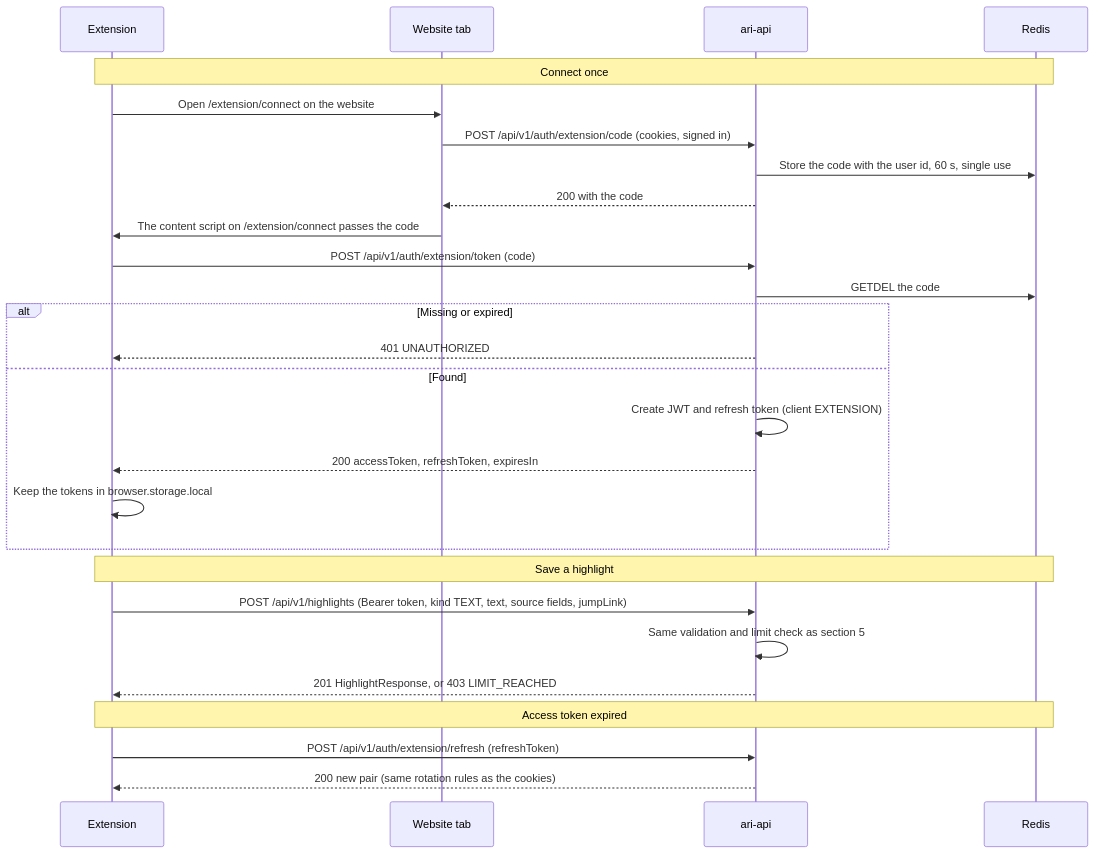
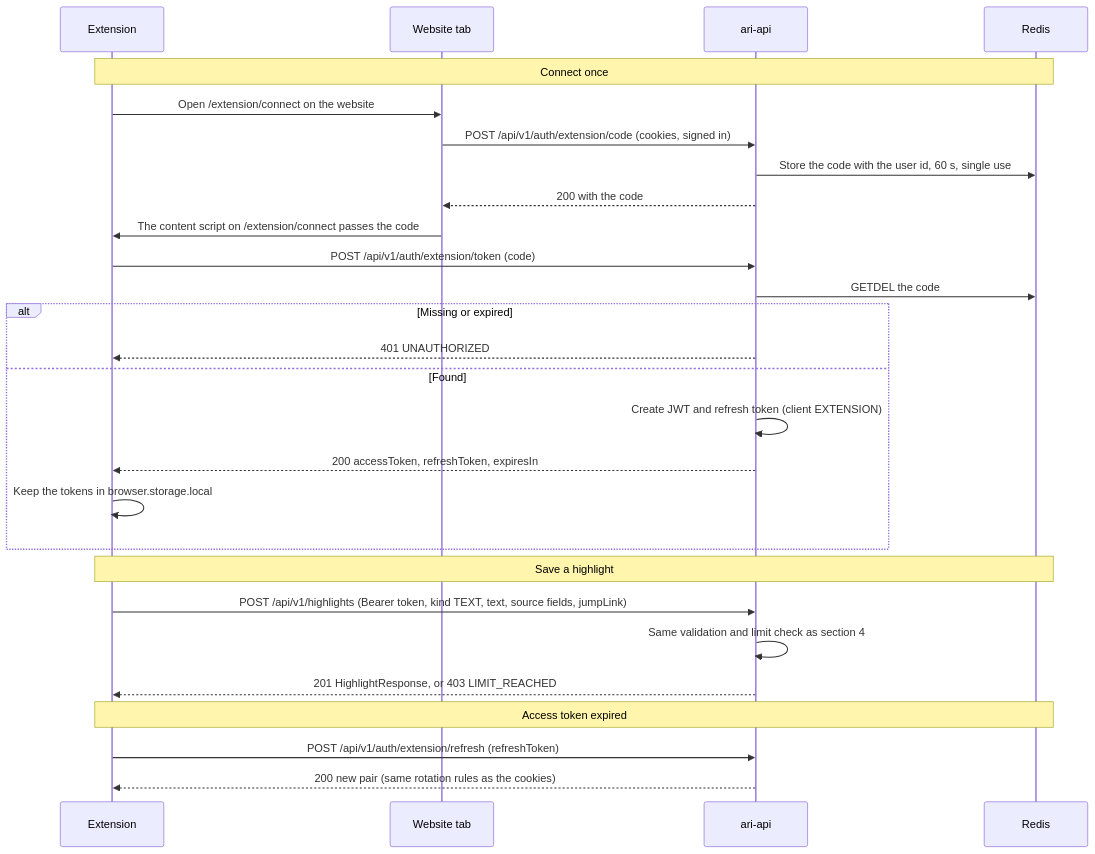
The sixth of 7 diagrams in docs/sequences.md (salimsalimzade/ari-api), drawn with Mermaid before and after one commit. The commit also changed other lines of this file and 30 other files, not shown here.

````diff
--- a/docs/sequences.md
+++ b/docs/sequences.md
@@ -236,29 +202,29 @@
 ```mermaid
 sequenceDiagram
   participant X as Extension
   participant T as Website tab
   participant A as ari-api
   participant R as Redis
   Note over X,R: Connect once
   X->>T: Open /extension/connect on the website
   T->>A: POST /api/v1/auth/extension/code (cookies, signed in)
   A->>R: Store the code with the user id, 60 s, single use
   A-->>T: 200 with the code
   T->>X: The content script on /extension/connect passes the code
   X->>A: POST /api/v1/auth/extension/token (code)
   A->>R: GETDEL the code
   alt Missing or expired
     A-->>X: 401 UNAUTHORIZED
   else Found
     A->>A: Create JWT and refresh token (client EXTENSION)
     A-->>X: 200 accessToken, refreshToken, expiresIn
     X->>X: Keep the tokens in browser.storage.local
   end
   Note over X,R: Save a highlight
   X->>A: POST /api/v1/highlights (Bearer token, kind TEXT, text, source fields, jumpLink)
-  A->>A: Same validation and limit check as section 5
+  A->>A: Same validation and limit check as section 4
   A-->>X: 201 HighlightResponse, or 403 LIMIT_REACHED
   Note over X,R: Access token expired
   X->>A: POST /api/v1/auth/extension/refresh (refreshToken)
   A-->>X: 200 new pair (same rotation rules as the cookies)
 ```
````
